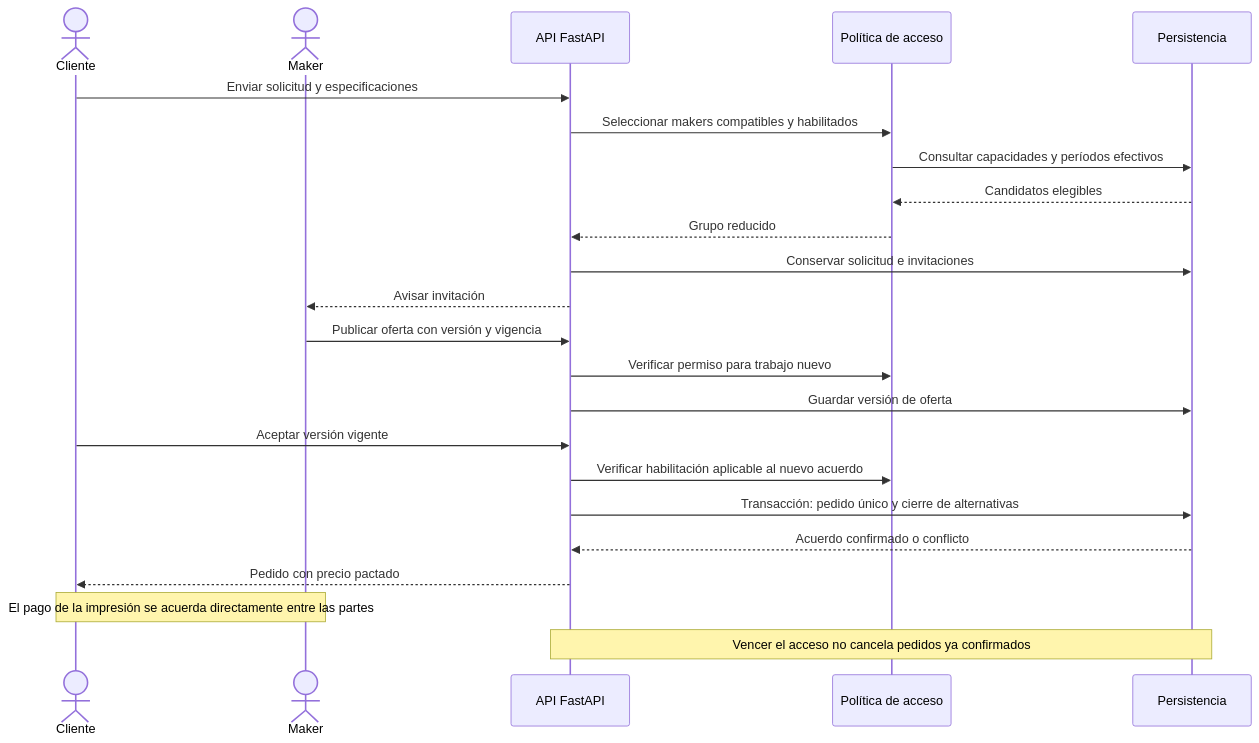
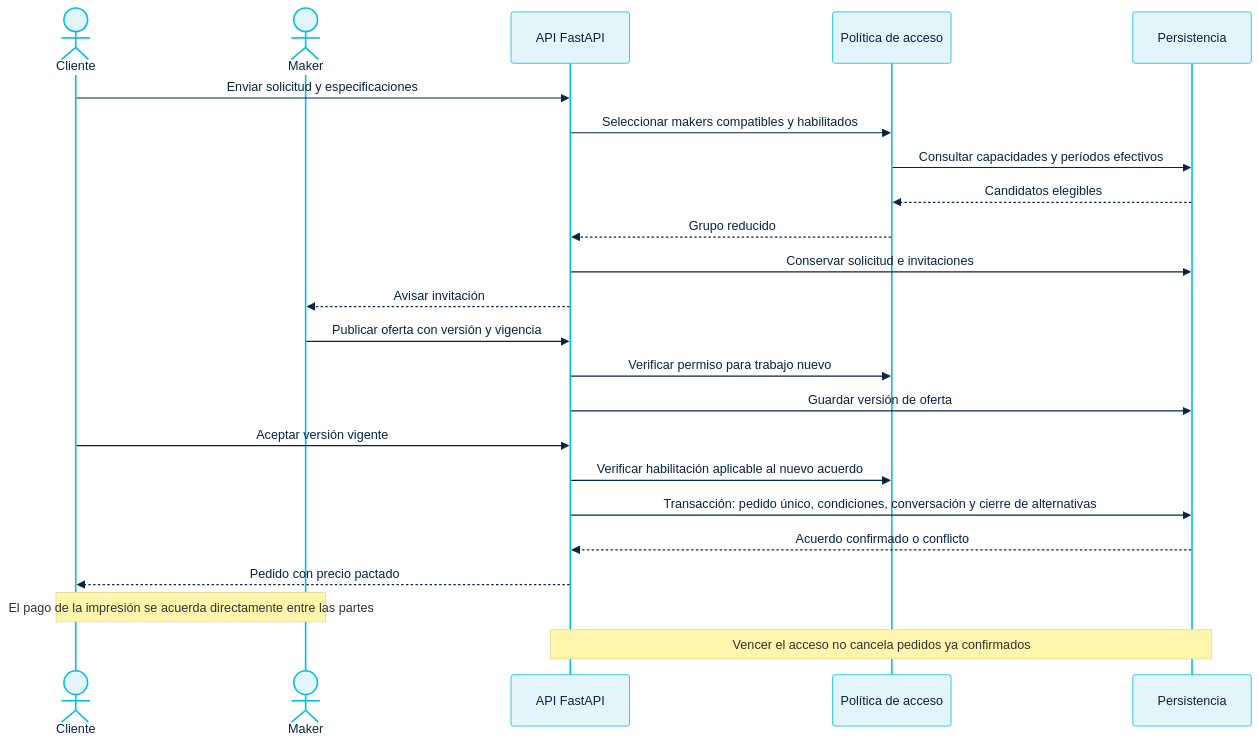
Before and after one commit to chill0101/3daltoque-docs: the first of 12 diagrams in src/content/docs/flujos/estados.md, drawn with Mermaid. The commit also changed other lines of this file and 145 other files, not shown here.

````diff
--- a/src/content/docs/flujos/estados.md
+++ b/src/content/docs/flujos/estados.md
@@ -19,26 +18,26 @@
 ```mermaid
+%%{init: {"theme":"base","themeVariables":{"primaryColor":"#E4F5FA","primaryTextColor":"#082345","primaryBorderColor":"#00BFE5","lineColor":"#315574","secondaryColor":"#F5F8FC","tertiaryColor":"#FFFFFF","fontFamily":"Manrope, sans-serif"},"flowchart":{"htmlLabels":false},"class":{"htmlLabels":false}}}%%
 sequenceDiagram
   actor Cliente
   actor Maker
   participant API as API FastAPI
   participant Access as Política de acceso
   participant DB as Persistencia
   Cliente->>API: Enviar solicitud y especificaciones
   API->>Access: Seleccionar makers compatibles y habilitados
   Access->>DB: Consultar capacidades y períodos efectivos
   DB-->>Access: Candidatos elegibles
   Access-->>API: Grupo reducido
   API->>DB: Conservar solicitud e invitaciones
   API-->>Maker: Avisar invitación
   Maker->>API: Publicar oferta con versión y vigencia
   API->>Access: Verificar permiso para trabajo nuevo
   API->>DB: Guardar versión de oferta
   Cliente->>API: Aceptar versión vigente
   API->>Access: Verificar habilitación aplicable al nuevo acuerdo
-  API->>DB: Transacción: pedido único y cierre de alternativas
+  API->>DB: Transacción: pedido único, condiciones, conversación y cierre de alternativas
   DB-->>API: Acuerdo confirmado o conflicto
   API-->>Cliente: Pedido con precio pactado
   Note over Cliente,Maker: El pago de la impresión se acuerda directamente entre las partes
   Note over API,DB: Vencer el acceso no cancela pedidos ya confirmados
-
 ```
````
